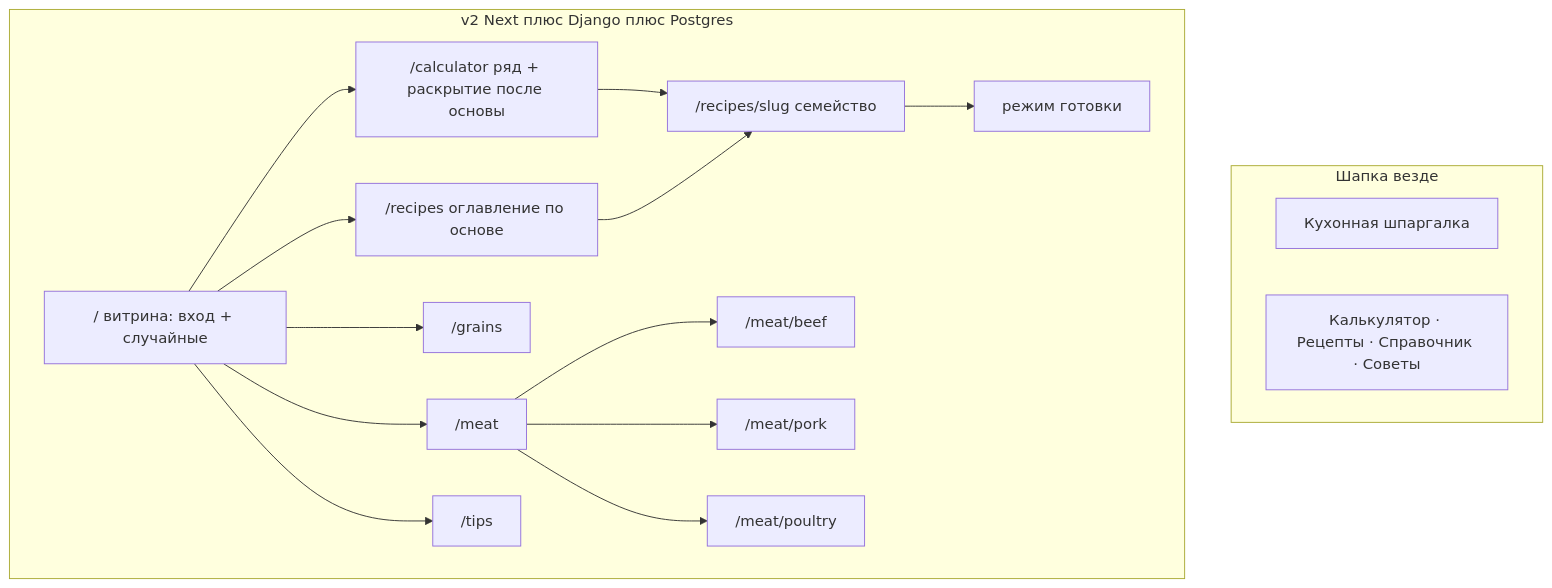
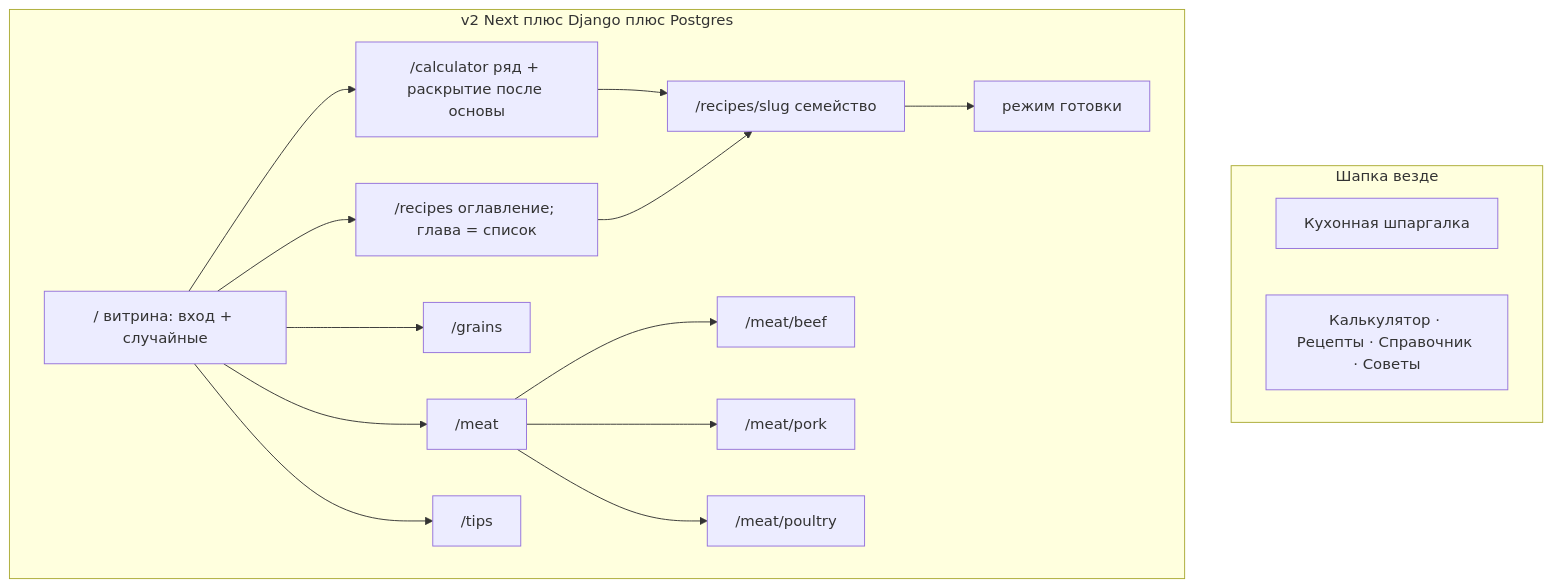
One commit to AterDeus/sol-chef changed the diagram in v2/docs/UX-PROPOSAL.md. Above: the diagram before and after it, drawn with Mermaid. The commit also changed other lines of this file and 277 other files, not shown here.

````diff
--- a/v2/docs/UX-PROPOSAL.md
+++ b/v2/docs/UX-PROPOSAL.md
@@ -78,31 +78,31 @@
 ```mermaid
 flowchart TB
   subgraph chrome [Шапка везде]
     Brand["Кухонная шпаргалка"]
     Nav["Калькулятор · Рецепты · Справочник · Советы"]
   end
   subgraph v2 [v2 Next плюс Django плюс Postgres]
     Home["/ витрина: вход + случайные"]
     Calc["/calculator ряд + раскрытие после основы"]
     Grains["/grains"]
     MeatHub["/meat"]
     Beef["/meat/beef"]
     Pork["/meat/pork"]
     Poultry["/meat/poultry"]
     Tips["/tips"]
-    Recipes["/recipes оглавление по основе"]
+    Recipes["/recipes оглавление; глава = список"]
     Recipe["/recipes/slug семейство"]
     Cook["режим готовки"]
   end
   Home --> Calc
   Home --> Recipes
   Home --> Grains
   Home --> MeatHub
   Home --> Tips
   Calc --> Recipe
   Recipes --> Recipe
   MeatHub --> Beef
   MeatHub --> Pork
   MeatHub --> Poultry
   Recipe --> Cook
 ```
````
